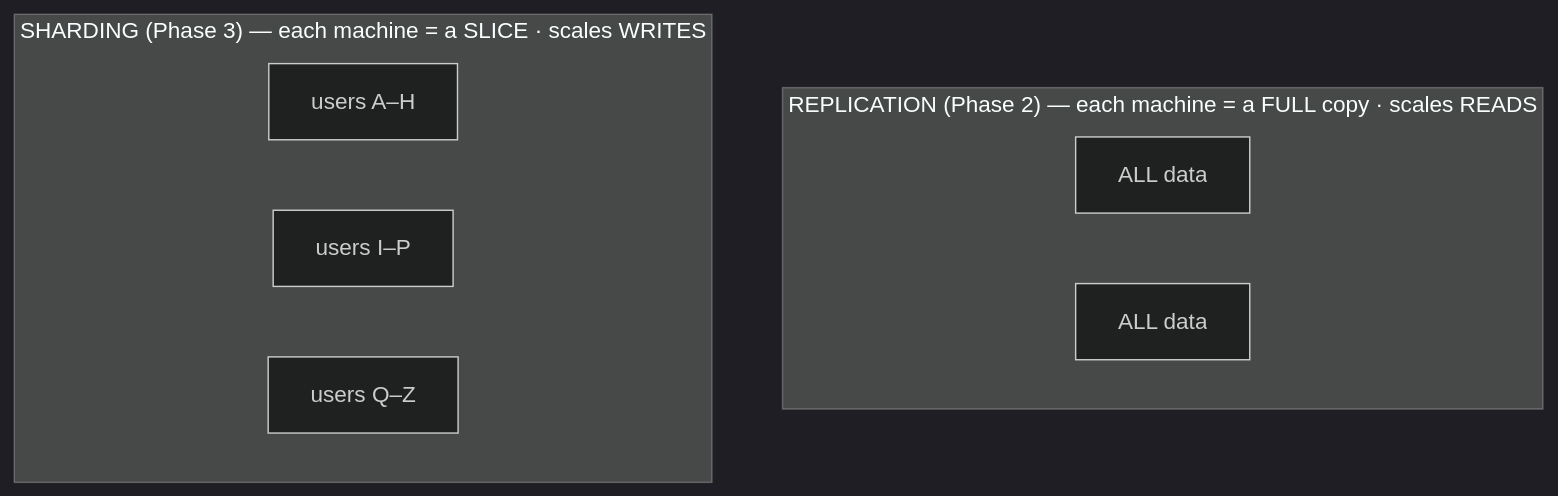
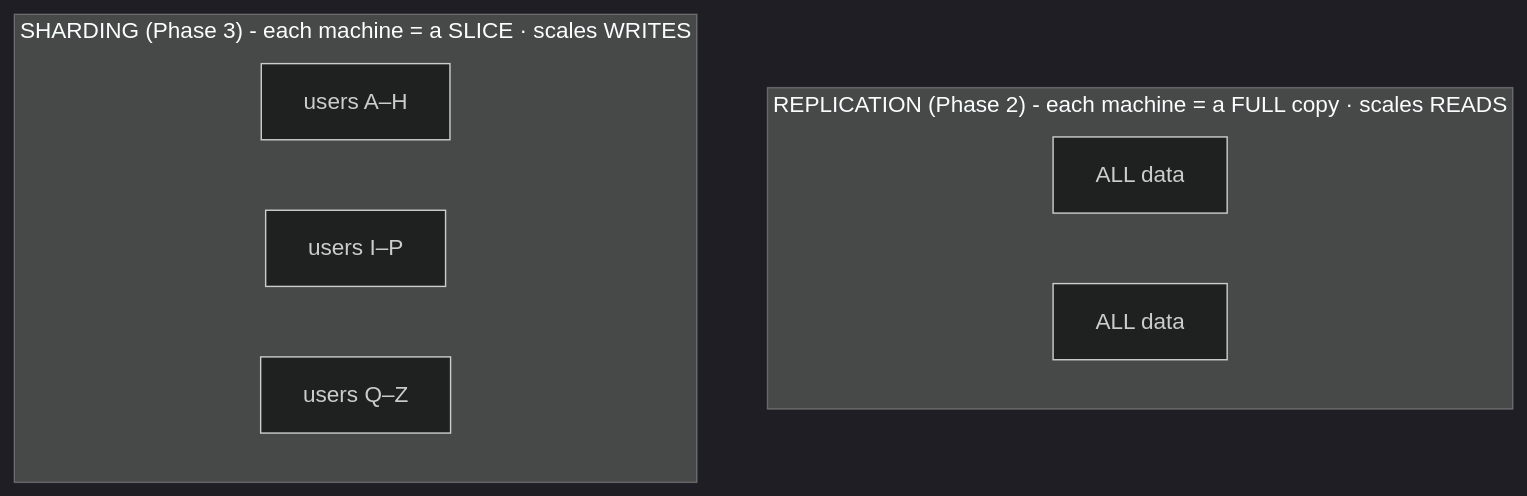
The diagram in guides/databases/scaling-a-database/03-sharding.md (Topurrra/themissingmanual), drawn with Mermaid (dark theme) before and after one commit. The commit also changed other lines of this file and 1009 other files, not shown here.

````diff
--- a/guides/databases/scaling-a-database/03-sharding.md
+++ b/guides/databases/scaling-a-database/03-sharding.md
@@ -24,12 +24,12 @@
 ```mermaid
 flowchart TB
-  subgraph REP["REPLICATION (Phase 2) — each machine = a FULL copy · scales READS"]
+  subgraph REP["REPLICATION (Phase 2) - each machine = a FULL copy · scales READS"]
     R1[ALL data]
     R2[ALL data]
   end
-  subgraph SH["SHARDING (Phase 3) — each machine = a SLICE · scales WRITES"]
+  subgraph SH["SHARDING (Phase 3) - each machine = a SLICE · scales WRITES"]
     S1[users A–H]
     S2[users I–P]
     S3[users Q–Z]
   end
 ```
````
